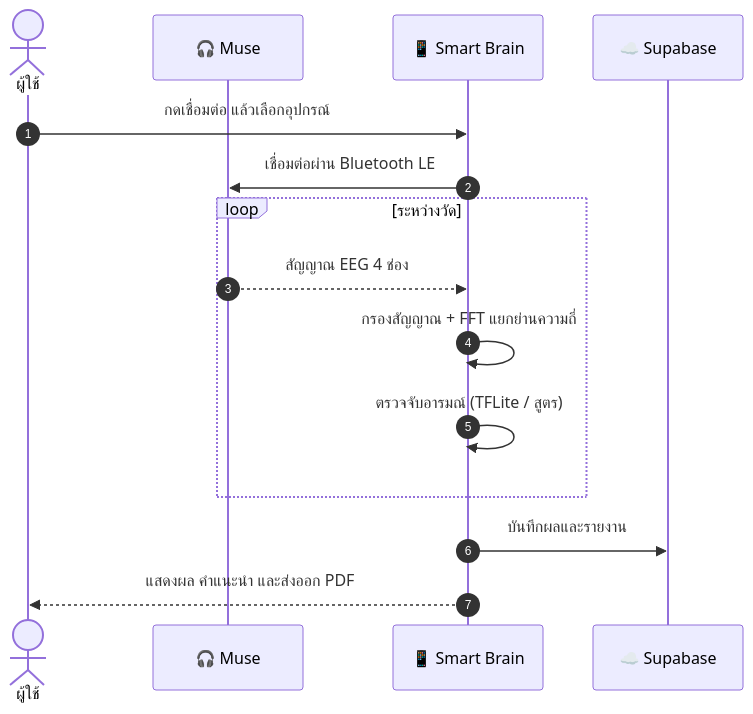
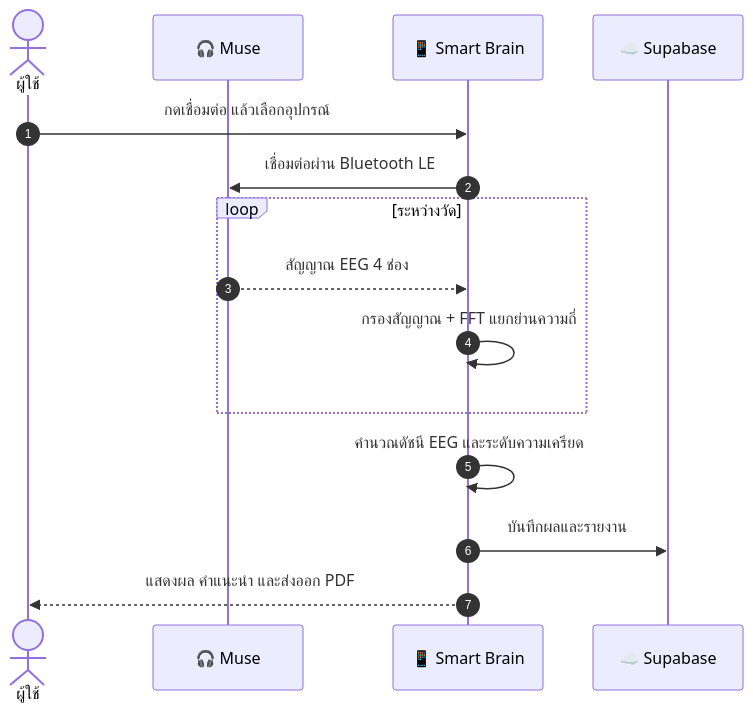
One commit to Kimtachina/BRAIN-AI-Brainwave-Recognition-Analysis-using-Intelligent-AI changed the first of 2 diagrams in README.md. Above: the diagram before and after it, drawn with Mermaid. The commit also changed other lines of this file and 115 other files, not shown here.

````diff
--- a/README.md
+++ b/README.md
@@ -136,18 +129,18 @@
 ```mermaid
 sequenceDiagram
     autonumber
     actor U as ผู้ใช้
     participant M as 🎧 Muse
     participant A as 📱 Smart Brain
     participant S as ☁️ Supabase
 
     U->>A: กดเชื่อมต่อ แล้วเลือกอุปกรณ์
     A->>M: เชื่อมต่อผ่าน Bluetooth LE
     loop ระหว่างวัด
         M-->>A: สัญญาณ EEG 4 ช่อง
         A->>A: กรองสัญญาณ + FFT แยกย่านความถี่
-        A->>A: ตรวจจับอารมณ์ (TFLite / สูตร)
     end
+    A->>A: คำนวณดัชนี EEG และระดับความเครียด
     A->>S: บันทึกผลและรายงาน
     A-->>U: แสดงผล คำแนะนำ และส่งออก PDF
 ```
````
